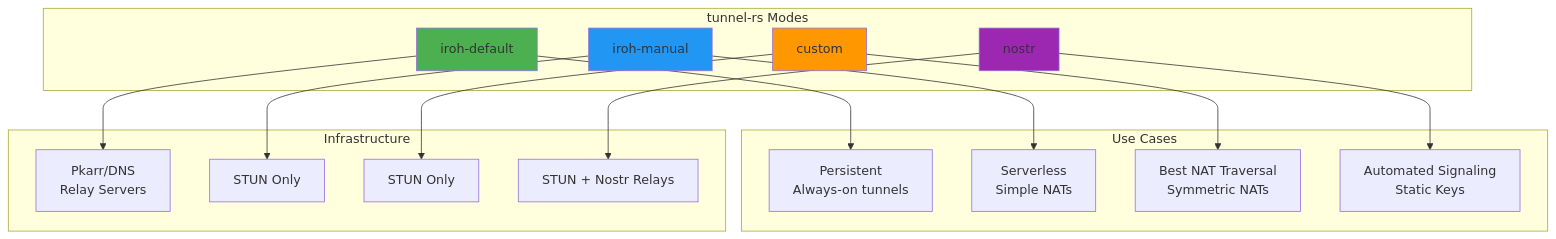
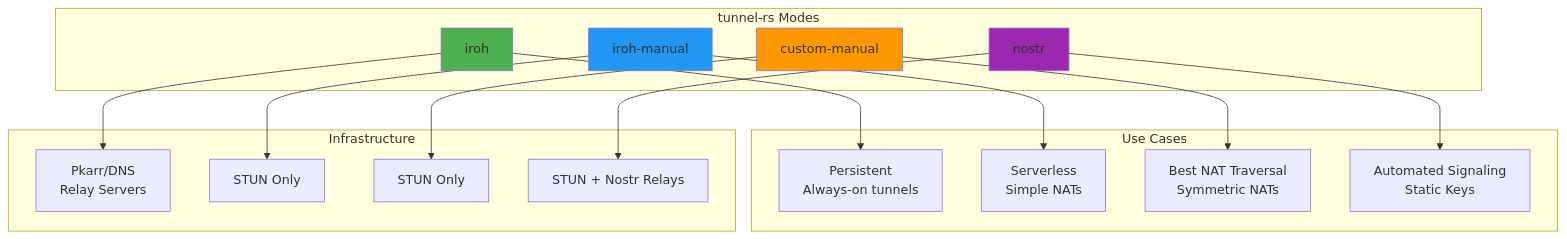
The first of 38 diagrams in docs/ARCHITECTURE.md (andrewtheguy/vpn-rs), drawn with Mermaid before and after one commit. The commit also changed other lines of this file and 5 other files, not shown here.

````diff
--- a/docs/ARCHITECTURE.md
+++ b/docs/ARCHITECTURE.md
@@ -27,38 +27,38 @@
 ```mermaid
 graph TB
     subgraph "tunnel-rs Modes"
-        A[iroh-default]
+        A[iroh]
         B[iroh-manual]
-        C[custom]
+        C[custom-manual]
         D2[nostr]
     end
 
     subgraph "Use Cases"
         D[Persistent<br/>Always-on tunnels]
         E[Serverless<br/>Simple NATs]
         F[Best NAT Traversal<br/>Symmetric NATs]
         F2[Automated Signaling<br/>Static Keys]
     end
 
     subgraph "Infrastructure"
         G[Pkarr/DNS<br/>Relay Servers]
         H[STUN Only]
         I[STUN Only]
         I2[STUN + Nostr Relays]
     end
 
     A --> D
     B --> E
     C --> F
     D2 --> F2
 
     A --> G
     B --> H
     C --> I
     D2 --> I2
 
     style A fill:#4CAF50
     style B fill:#2196F3
     style C fill:#FF9800
     style D2 fill:#9C27B0
 ```
````
